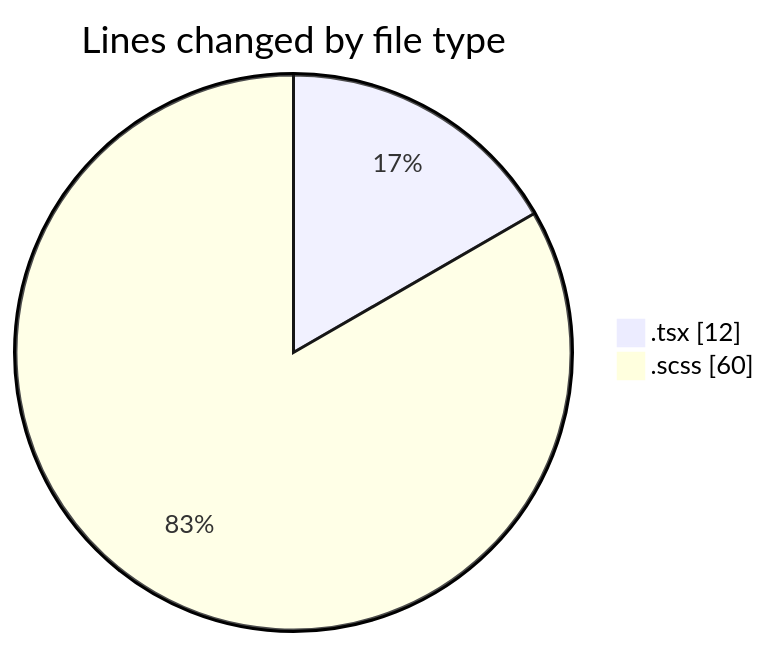
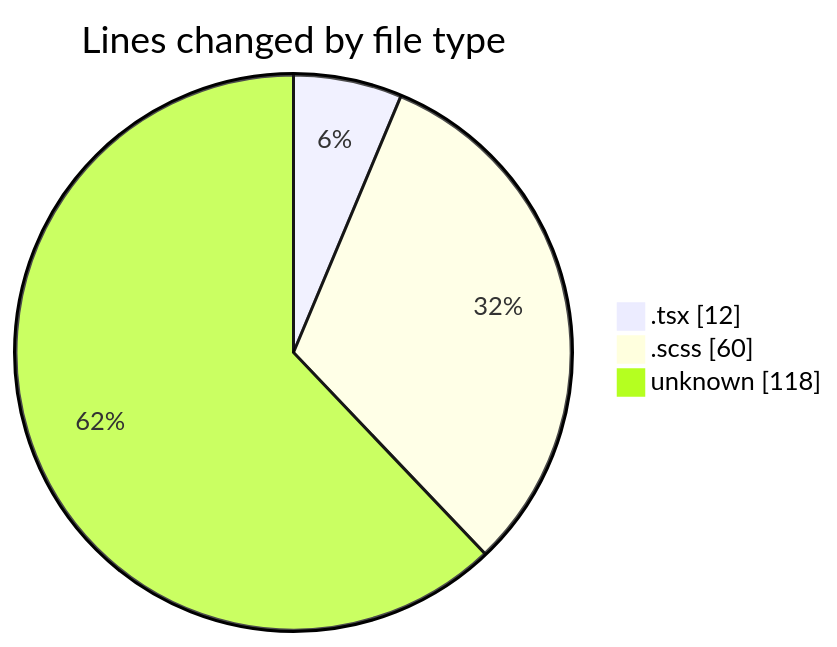
The first of 2 diagrams in 2026-05-19/cda/README.md (momahboobian/code-tracking), drawn with Mermaid before and after one commit. The commit also changed other lines of this file and 1 other file, not shown here.

````diff
--- a/2026-05-19/cda/README.md
+++ b/2026-05-19/cda/README.md
@@ -23,6 +24,7 @@
 ```mermaid
 pie showData
 title Lines changed by file type
 ".tsx" : 12
 ".scss" : 60
+"unknown" : 118
 ```
````
